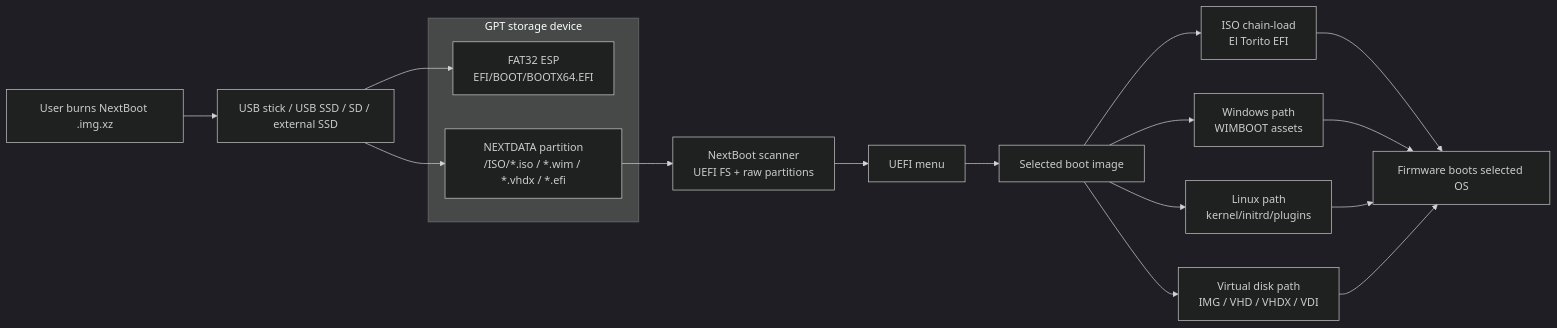
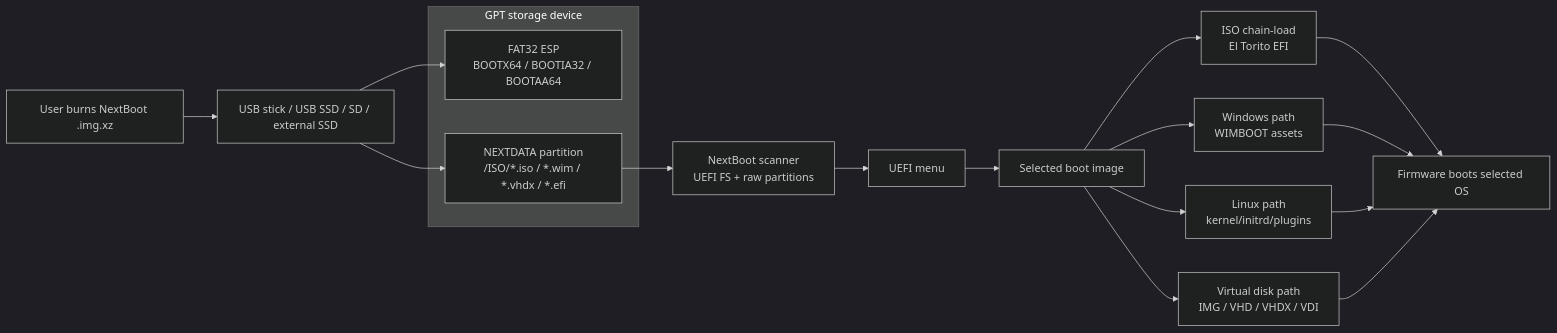
The diagram in README.md (tianrking/NextBoot), drawn with Mermaid (dark theme) before and after one commit. The commit also changed other lines of this file and 107 other files, not shown here.

````diff
--- a/README.md
+++ b/README.md
@@ -106,24 +106,24 @@
 ```mermaid
 flowchart LR
   User["User burns NextBoot .img.xz"] --> Media["USB stick / USB SSD / SD / external SSD"]
 
   subgraph Disk["GPT storage device"]
-    ESP["FAT32 ESP<br/>EFI/BOOT/BOOTX64.EFI"]
+    ESP["FAT32 ESP<br/>BOOTX64 / BOOTIA32 / BOOTAA64"]
     DATA["NEXTDATA partition<br/>/ISO/*.iso / *.wim / *.vhdx / *.efi"]
   end
 
   Media --> ESP
   Media --> DATA
   DATA --> Scan["NextBoot scanner<br/>UEFI FS + raw partitions"]
   Scan --> Menu["UEFI menu"]
   Menu --> Choice["Selected boot image"]
   Choice --> ISO["ISO chain-load<br/>El Torito EFI"]
   Choice --> Windows["Windows path<br/>WIMBOOT assets"]
   Choice --> Linux["Linux path<br/>kernel/initrd/plugins"]
   Choice --> VDisk["Virtual disk path<br/>IMG / VHD / VHDX / VDI"]
 
   ISO --> Firmware["Firmware boots selected OS"]
   Windows --> Firmware
   Linux --> Firmware
   VDisk --> Firmware
 ```
````
